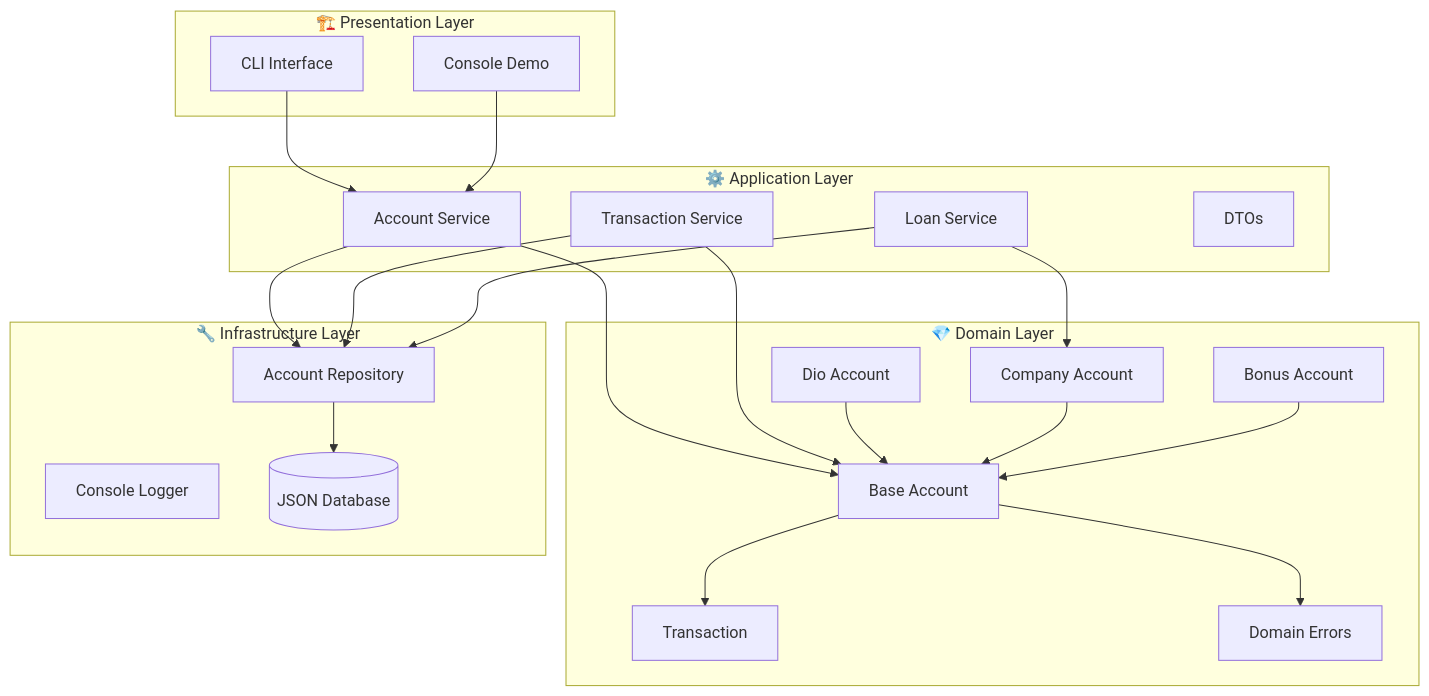
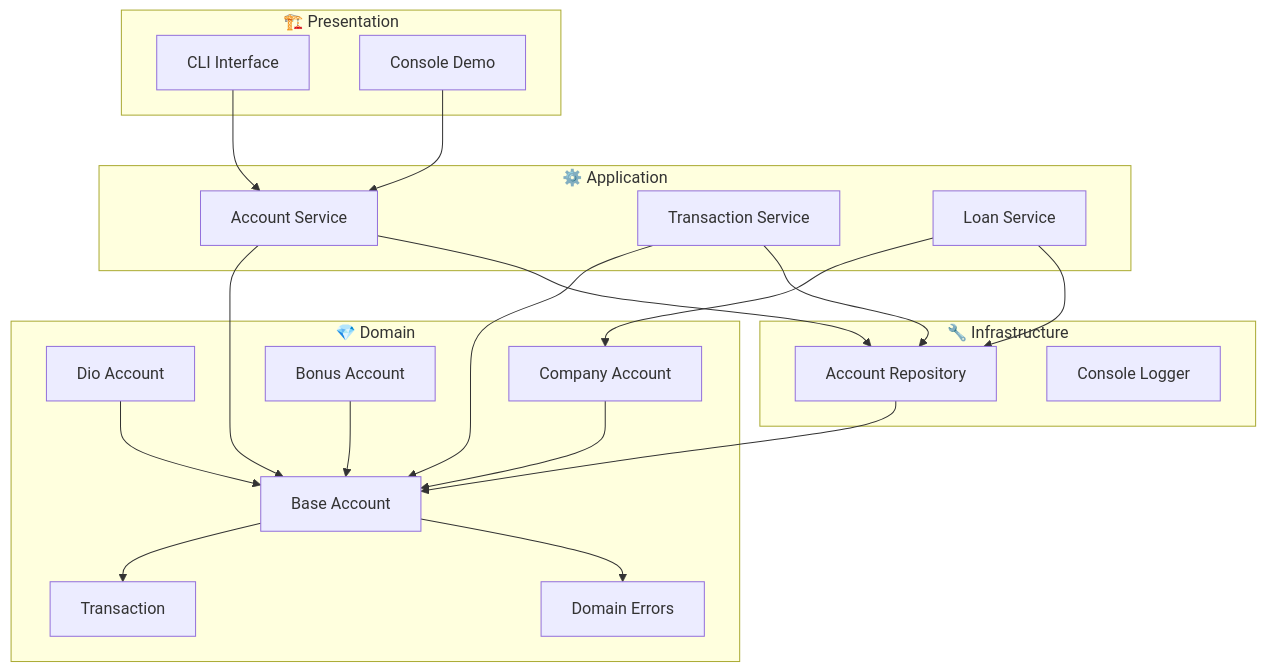
The diagram in README.md (matheusflorindo32/dio-bank-pro), drawn with Mermaid before and after one commit. The commit also changed other lines of this file, not shown here.

Commit message:
docs: clean README removing unstable third-party services, keep only reliable badges and Mermaid

````diff
--- a/README.md
+++ b/README.md
@@ -75,44 +63,42 @@
 ```mermaid
 graph TB
-    subgraph "🏗️ Presentation Layer"
+    subgraph "🏗️ Presentation"
         CLI[CLI Interface]
-        Console[Console Demo]
+        CON[Console Demo]
     end
     
-    subgraph "⚙️ Application Layer"
+    subgraph "⚙️ Application"
         AS[Account Service]
         TS[Transaction Service]
         LS[Loan Service]
-        DTO[DTOs]
     end
     
-    subgraph "💎 Domain Layer"
+    subgraph "💎 Domain"
         BA[Base Account]
         DA[Dio Account]
         CA[Company Account]
         BOA[Bonus Account]
         TR[Transaction]
         ERR[Domain Errors]
     end
     
-    subgraph "🔧 Infrastructure Layer"
+    subgraph "🔧 Infrastructure"
         AR[Account Repository]
         LG[Console Logger]
-        DB[(JSON Database)]
     end
     
     CLI --> AS
-    Console --> AS
+    CON --> AS
     AS --> BA
     TS --> BA
     LS --> CA
     AS --> AR
     TS --> AR
     LS --> AR
-    AR --> DB
+    AR --> BA
     BA --> TR
     BA --> ERR
     DA --> BA
     CA --> BA
     BOA --> BA
 ```
````
